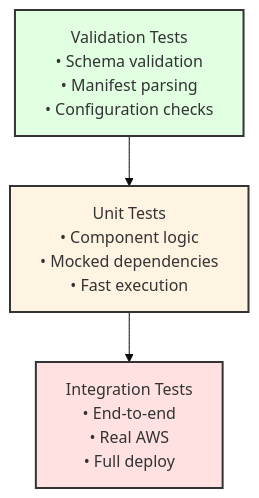
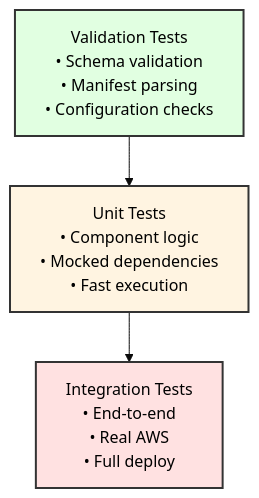
Diagram 11 of 11 in docs/architecture.md (vasu2856/CICD-for-SageMakerUnifiedStudio-public), drawn with Mermaid (base theme) before and after one commit. The commit also changed other lines of this file and 24 other files, not shown here.

````diff
--- a/docs/architecture.md
+++ b/docs/architecture.md
@@ -943,13 +955,13 @@
 ```mermaid
 graph TD
     INTEGRATION[Integration Tests<br/>• End-to-end<br/>• Real AWS<br/>• Full deploy]
     UNIT[Unit Tests<br/>• Component logic<br/>• Mocked dependencies<br/>• Fast execution]
     VALIDATION[Validation Tests<br/>• Schema validation<br/>• Manifest parsing<br/>• Configuration checks]
     
     VALIDATION --> UNIT
     UNIT --> INTEGRATION
     
-    style INTEGRATION fill:#ffe1e1,stroke:#333,stroke-width:2px
-    style UNIT fill:#fff4e1,stroke:#333,stroke-width:2px
-    style VALIDATION fill:#e1ffe1,stroke:#333,stroke-width:2px
+    style INTEGRATION fill:#ffe1e1,stroke:#333,stroke-width:2px,color:#000,font-weight:normal
+    style UNIT fill:#fff4e1,stroke:#333,stroke-width:2px,color:#000,font-weight:normal
+    style VALIDATION fill:#e1ffe1,stroke:#333,stroke-width:2px,color:#000,font-weight:normal
 ```
````
